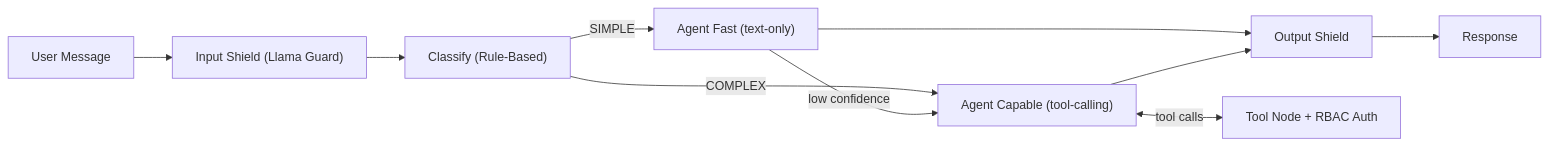
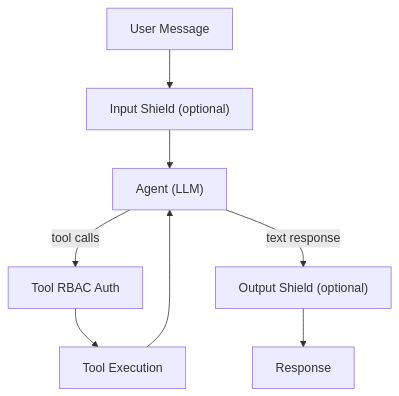
Before and after one commit to rh-ai-quickstart/multi-agent-loan-origination: the second of 2 diagrams in docs/architecture.md, drawn with Mermaid. The commit also changed other lines of this file and 2 other files, not shown here.

First line of the commit message:
docs: update agent flow to single model chain, add vision model

````diff
--- a/docs/architecture.md
+++ b/docs/architecture.md
@@ -128,12 +128,10 @@
 ```mermaid
-graph LR
-    Input["User Message"] --> Shield1["Input Shield (Llama Guard)"]
-    Shield1 --> Classify["Classify (Rule-Based)"]
-    Classify -->|SIMPLE| Fast["Agent Fast (text-only)"]
-    Classify -->|COMPLEX| Capable["Agent Capable (tool-calling)"]
-    Fast -->|low confidence| Capable
-    Fast --> Shield2["Output Shield"]
-    Capable <-->|tool calls| Tools["Tool Node + RBAC Auth"]
-    Capable --> Shield2
+graph TD
+    Input["User Message"] --> Shield1["Input Shield (optional)"]
+    Shield1 --> Agent["Agent (LLM)"]
+    Agent -->|tool calls| Auth["Tool RBAC Auth"]
+    Auth --> Tools["Tool Execution"]
+    Tools --> Agent
+    Agent -->|text response| Shield2["Output Shield (optional)"]
     Shield2 --> Output["Response"]
 ```
````
